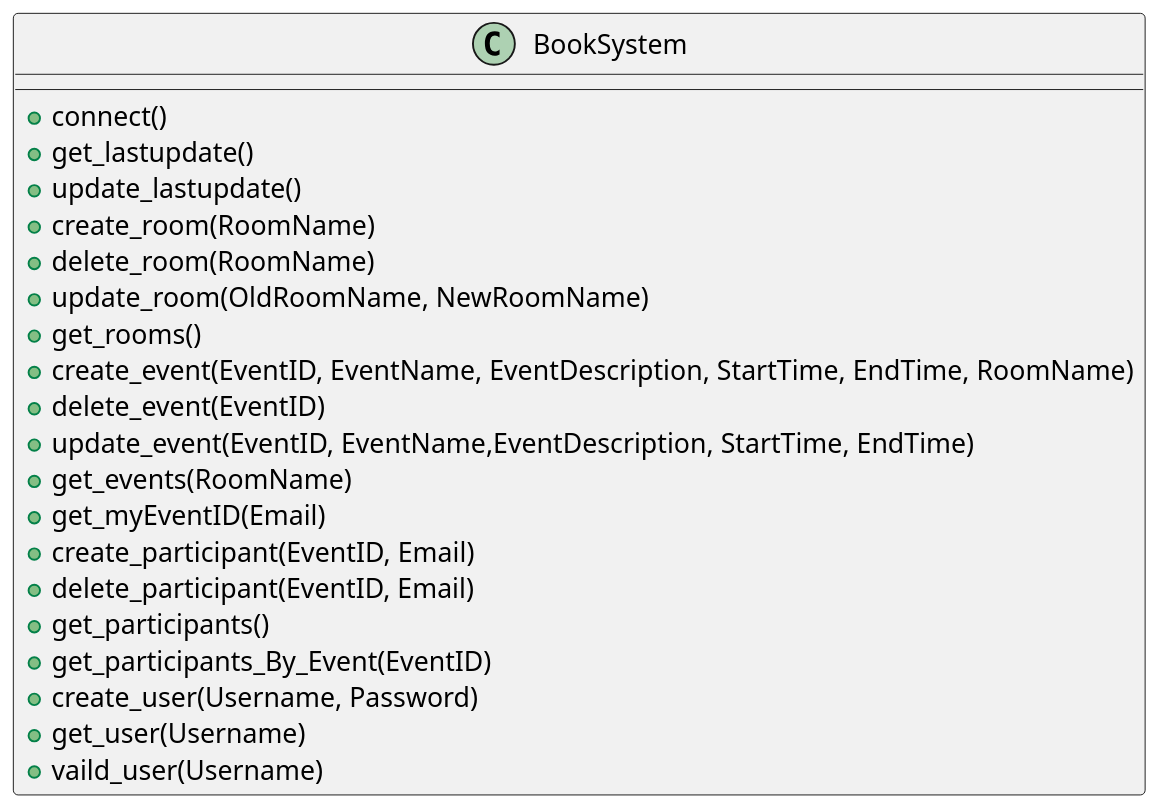
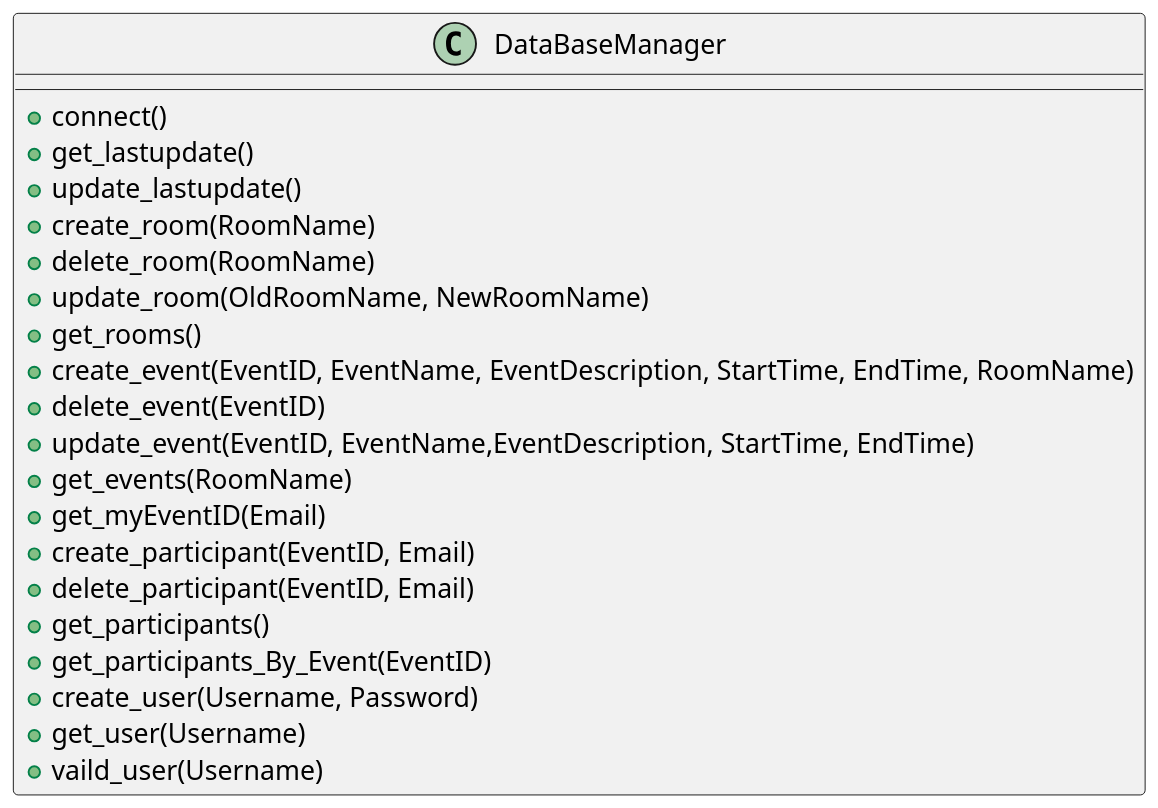
The diagram in Documents/UML/DataBase.wsd (BrendonJYHsieh/BookSystem), drawn with PlantUML before and after one commit. The commit also changed 1 other file, not shown here.

Commit message:
UML Update

```diff
--- a/Documents/UML/DataBase.wsd
+++ b/Documents/UML/DataBase.wsd
@@ -1,25 +1,25 @@
-@startuml Booking System
+@startuml DataBaseManager
 scale 1.5
-class BookSystem {
+class DataBaseManager {
     + connect()
     + get_lastupdate()
     + update_lastupdate()
     + create_room(RoomName)
     + delete_room(RoomName)
     + update_room(OldRoomName, NewRoomName)
     + get_rooms()
     + create_event(EventID, EventName, EventDescription, StartTime, EndTime, RoomName)
     + delete_event(EventID)
     + update_event(EventID, EventName,EventDescription, StartTime, EndTime)
     + get_events(RoomName)
     + get_myEventID(Email)
     + create_participant(EventID, Email)
     + delete_participant(EventID, Email)
     + get_participants()
     + get_participants_By_Event(EventID)
     + create_user(Username, Password)
     + get_user(Username)
     + vaild_user(Username)
     
 }
 @enduml
```
